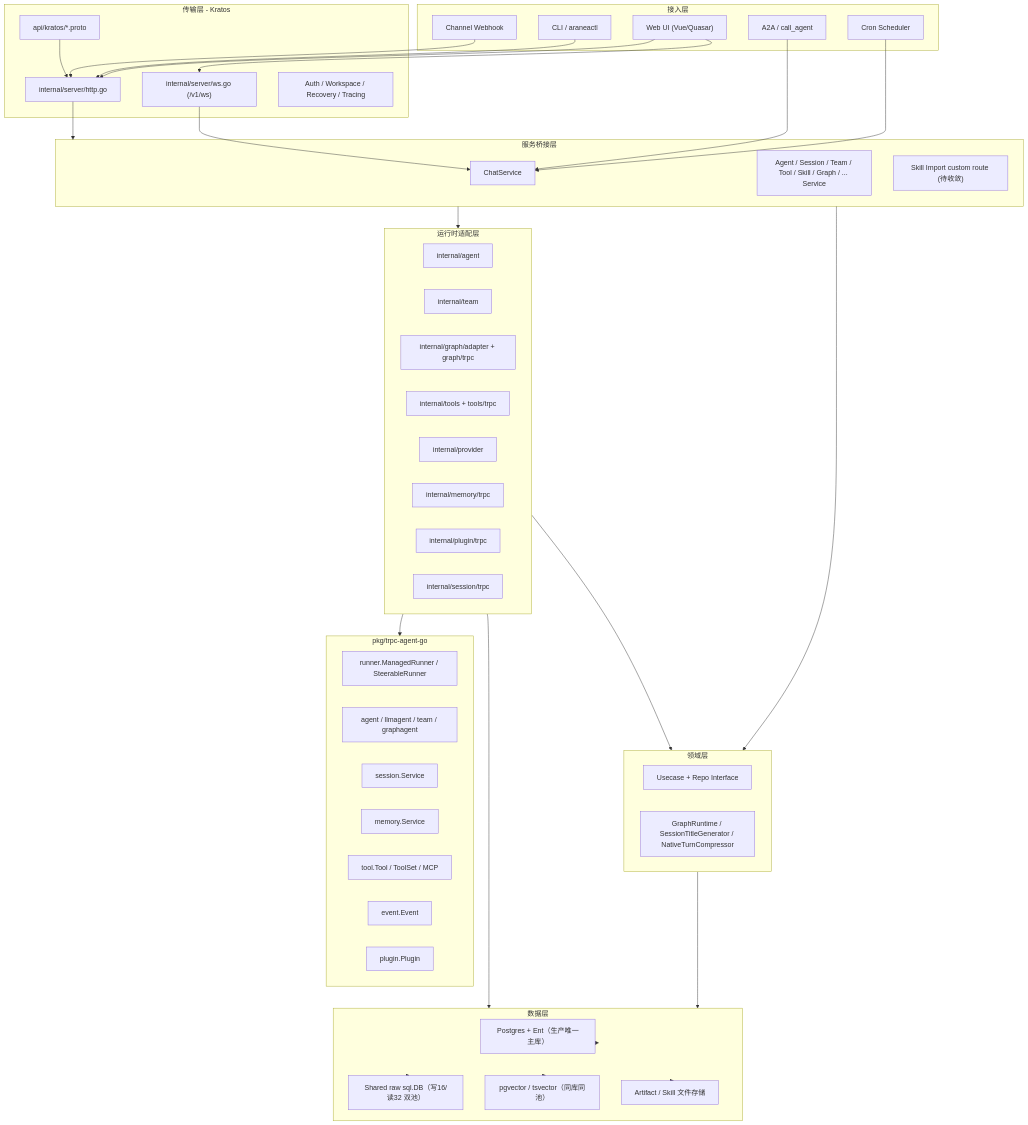
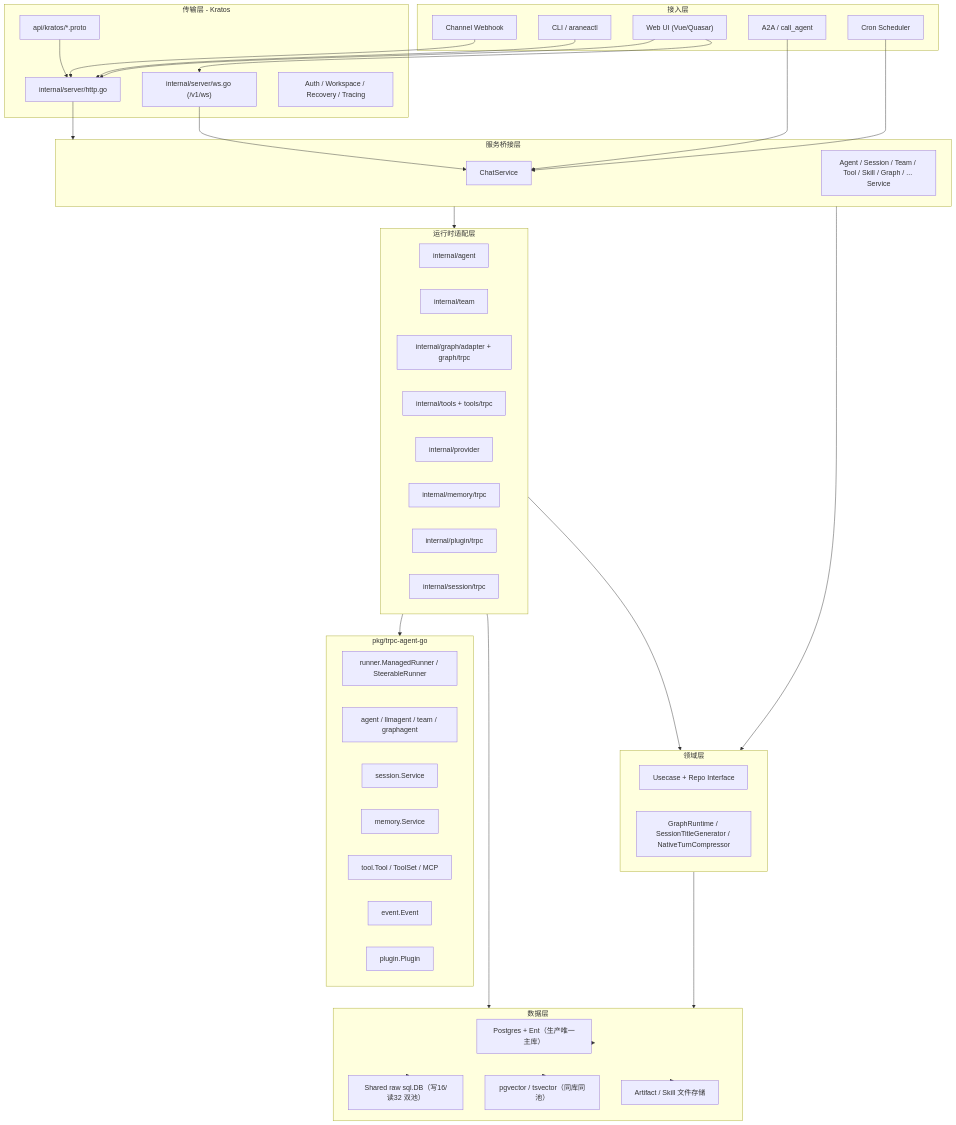
Before and after one commit to AmarsDing/aranea-agents: the first of 8 diagrams in docs/development/0-system-diagram.md, drawn with Mermaid. The commit also changed other lines of this file and 134 other files, not shown here.

````diff
--- a/docs/development/0-system-diagram.md
+++ b/docs/development/0-system-diagram.md
@@ -18,76 +18,75 @@
 ```mermaid
 flowchart TB
   subgraph Client["接入层"]
     Web["Web UI (Vue/Quasar)"]
     CLI["CLI / araneactl"]
     Channel["Channel Webhook"]
     Cron["Cron Scheduler"]
     A2A["A2A / call_agent"]
   end
 
   subgraph Transport["传输层 - Kratos"]
     Proto["api/kratos/*.proto"]
     HTTP["internal/server/http.go"]
     WS["internal/server/ws.go (/v1/ws)"]
     MW["Auth / Workspace / Recovery / Tracing"]
   end
 
   subgraph Service["服务桥接层"]
     ChatSvc["ChatService"]
     DomainSvc["Agent / Session / Team / Tool / Skill / Graph / ... Service"]
-    ImportRoute["Skill Import custom route (待收敛)"]
   end
 
   subgraph Biz["领域层"]
     Usecases["Usecase + Repo Interface"]
     RuntimePorts["GraphRuntime / SessionTitleGenerator / NativeTurnCompressor"]
   end
 
   subgraph Runtime["运行时适配层"]
     AgentBuild["internal/agent"]
     TeamRun["internal/team"]
     GraphAdapter["internal/graph/adapter + graph/trpc"]
     ToolMount["internal/tools + tools/trpc"]
     Provider["internal/provider"]
     MemoryTRPC["internal/memory/trpc"]
     PluginTRPC["internal/plugin/trpc"]
     SessionTRPC["internal/session/trpc"]
   end
 
   subgraph Framework["pkg/trpc-agent-go"]
     Runner["runner.ManagedRunner / SteerableRunner"]
     Agent["agent / llmagent / team / graphagent"]
     Session["session.Service"]
     Memory["memory.Service"]
     Tool["tool.Tool / ToolSet / MCP"]
     Event["event.Event"]
     Plugin["plugin.Plugin"]
   end
 
   subgraph Data["数据层"]
     Ent["Postgres + Ent（生产唯一主库）"]
     Raw["Shared raw sql.DB（写16/读32 双池）"]
     PG["pgvector / tsvector（同库同池）"]
     FS["Artifact / Skill 文件存储"]
   end
 
   Web --> HTTP
   Web --> WS
   CLI --> HTTP
   Channel --> HTTP
   Cron --> ChatSvc
   A2A --> ChatSvc
   Proto --> HTTP
   HTTP --> Service
   WS --> ChatSvc
   Service --> Biz
   Service --> Runtime
   Biz --> Data
   Runtime --> Framework
   Runtime --> Biz
   Runtime --> Data
   Data --> Ent
   Data --> Raw
   Data --> PG
   Data --> FS
 ```
````
